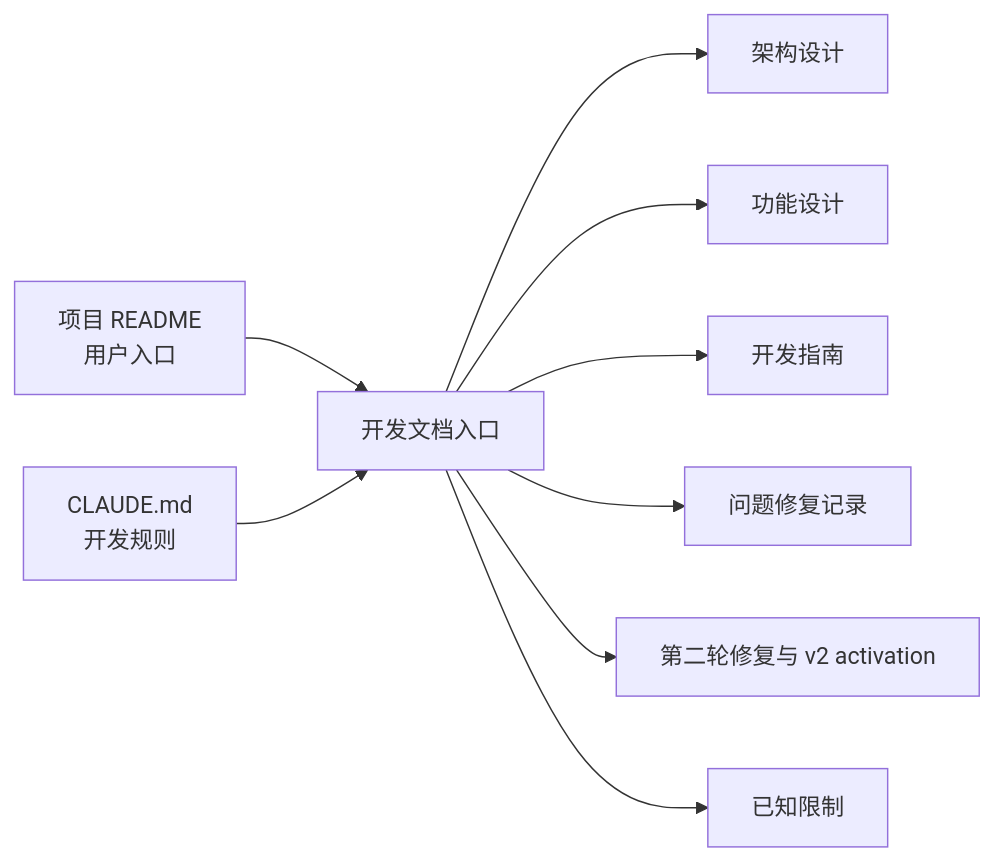
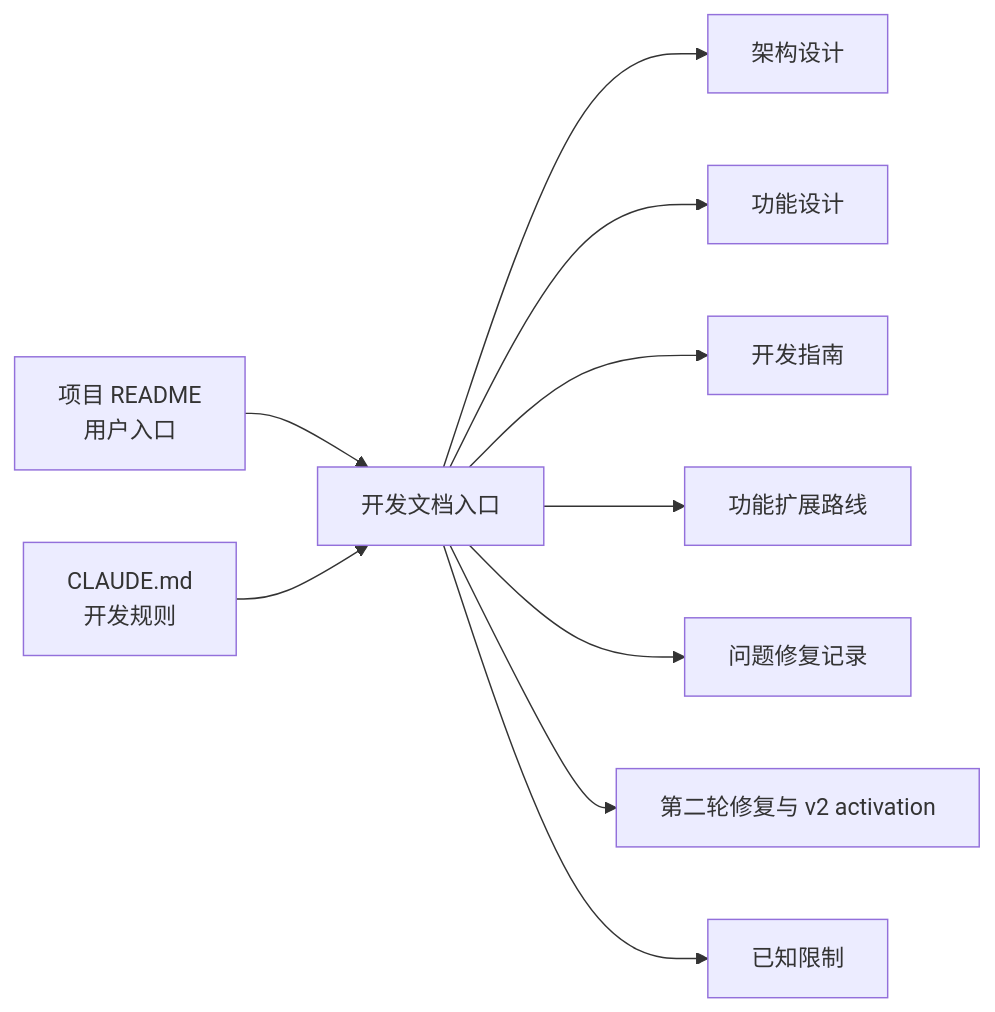
One commit to rainerosion/snipvault changed the diagram in docs/README.md. Above: the diagram before and after it, drawn with Mermaid. The commit also changed other lines of this file and 35 other files, not shown here.

````diff
--- a/docs/README.md
+++ b/docs/README.md
@@ -23,11 +25,12 @@
 ```mermaid
 flowchart LR
     USER[项目 README<br/>用户入口] --> INDEX[开发文档入口]
     INDEX --> ARCH[架构设计]
     INDEX --> FEATURE[功能设计]
     INDEX --> DEV[开发指南]
+    INDEX --> ROADMAP[功能扩展路线]
     INDEX --> FIX[问题修复记录]
     INDEX --> QUALITY[第二轮修复与 v2 activation]
     INDEX --> LIMIT[已知限制]
     RULE[CLAUDE.md<br/>开发规则] --> INDEX
 ```
````
